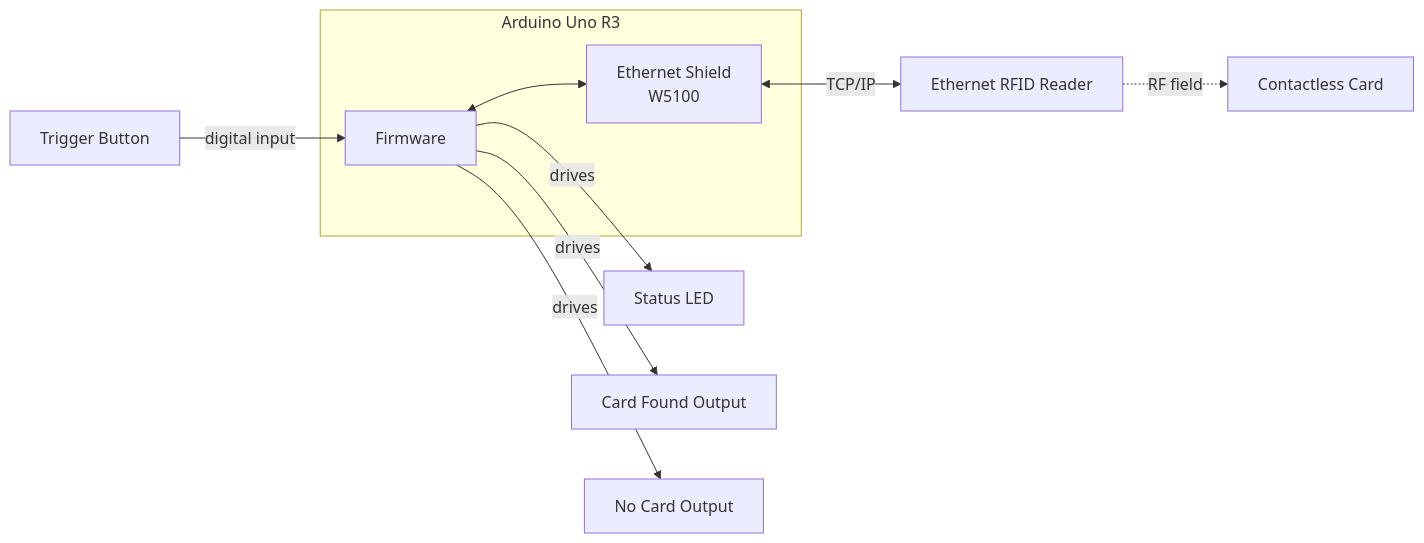
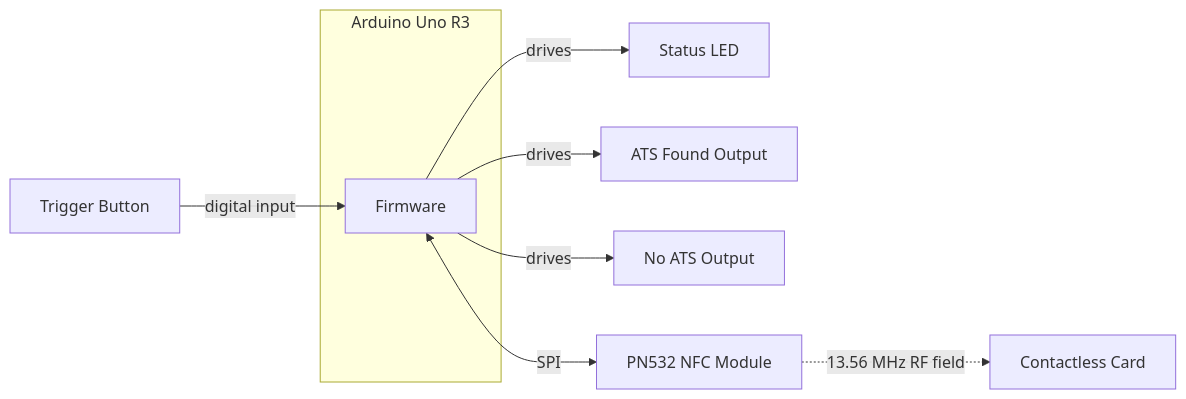
One commit to AyushRaj1329/Dead-Card-Detector changed the first of 2 diagrams in README.md. Above: the diagram before and after it, drawn with Mermaid. The commit also changed other lines of this file and 8 other files, not shown here.

````diff
--- a/README.md
+++ b/README.md
@@ -68,15 +142,13 @@
 ```mermaid
 flowchart LR
     subgraph Arduino["Arduino Uno R3"]
         FW[Firmware]
-        ETH[Ethernet Shield<br/>W5100]
     end
 
     BTN[Trigger Button] -->|digital input| FW
     FW -->|drives| LED1[Status LED]
-    FW -->|drives| LED2[Card Found Output]
-    FW -->|drives| LED3[No Card Output]
-    FW <--> ETH
-    ETH <-->|TCP/IP| READER[Ethernet RFID Reader]
-    READER -.->|RF field| CARD[Contactless Card]
+    FW -->|drives| LED2[ATS Found Output]
+    FW -->|drives| LED3[No ATS Output]
+    FW <-->|SPI| READER[PN532 NFC Module]
+    READER -.->|13.56 MHz RF field| CARD[Contactless Card]
 ```
````
